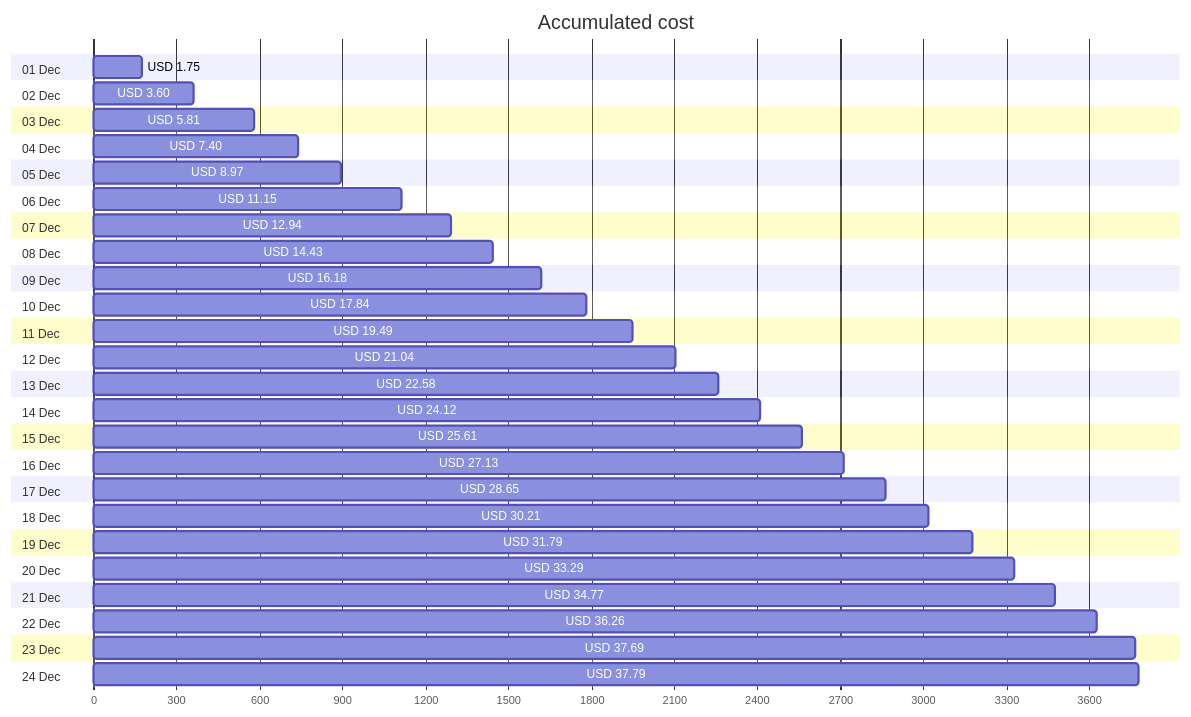
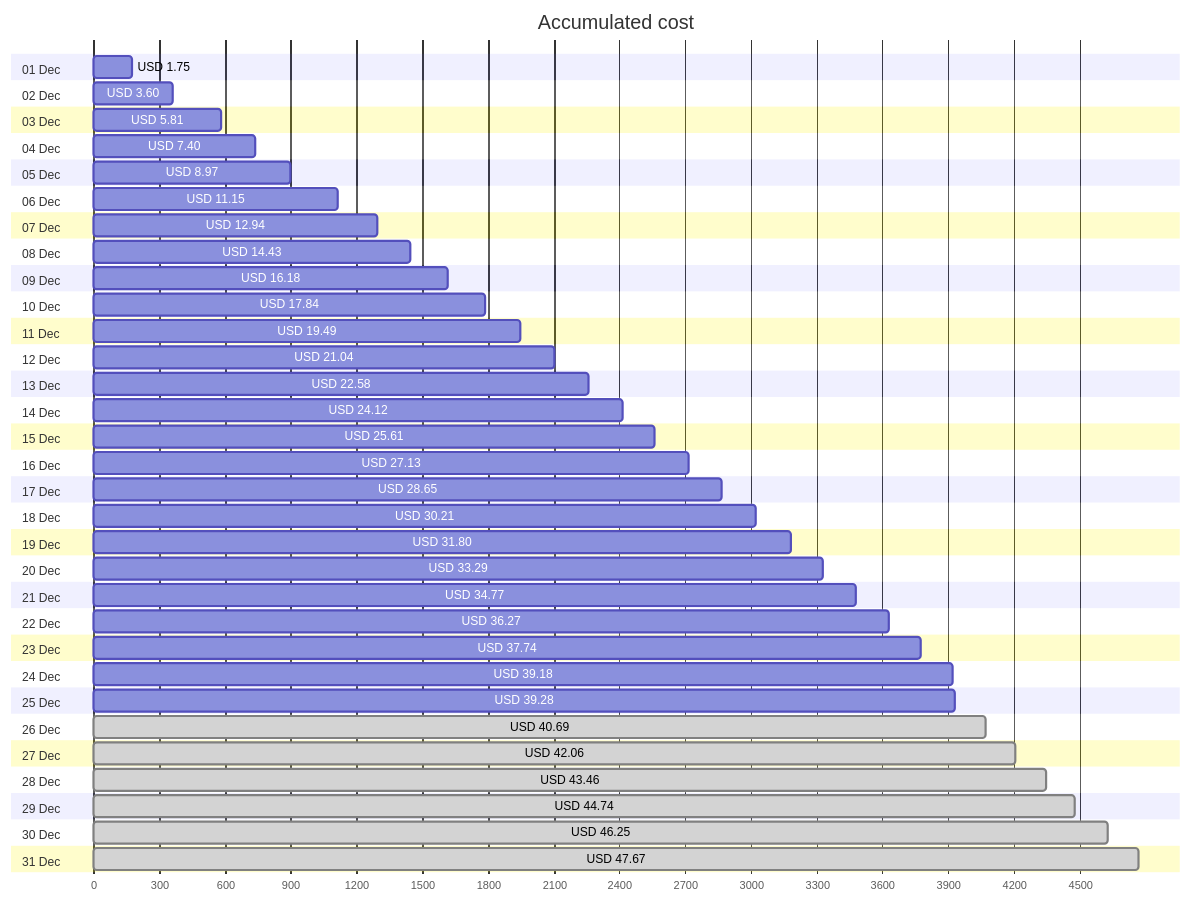
The first of 4 diagrams in cost-reports/personal-network/README.md (jpfulton/azure-personal-reports), drawn with Mermaid before and after one commit. The commit also changed other lines of this file and 8 other files, not shown here.

````diff
--- a/cost-reports/personal-network/README.md
+++ b/cost-reports/personal-network/README.md
@@ -20,54 +20,68 @@
 ```mermaid
 gantt
    title Accumulated cost
    dateFormat  X
    axisFormat %s
    section 01 Dec
    USD 1.75 :0, 175
    section 02 Dec
    USD 3.60 :0, 360
    section 03 Dec
    USD 5.81 :0, 581
    section 04 Dec
    USD 7.40 :0, 740
    section 05 Dec
    USD 8.97 :0, 897
    section 06 Dec
    USD 11.15 :0, 1115
    section 07 Dec
    USD 12.94 :0, 1294
    section 08 Dec
    USD 14.43 :0, 1443
    section 09 Dec
    USD 16.18 :0, 1618
    section 10 Dec
    USD 17.84 :0, 1784
    section 11 Dec
    USD 19.49 :0, 1949
    section 12 Dec
    USD 21.04 :0, 2104
    section 13 Dec
    USD 22.58 :0, 2258
    section 14 Dec
    USD 24.12 :0, 2412
    section 15 Dec
    USD 25.61 :0, 2561
    section 16 Dec
    USD 27.13 :0, 2713
    section 17 Dec
    USD 28.65 :0, 2865
    section 18 Dec
    USD 30.21 :0, 3021
    section 19 Dec
-   USD 31.79 :0, 3179
+   USD 31.80 :0, 3180
    section 20 Dec
    USD 33.29 :0, 3329
    section 21 Dec
    USD 34.77 :0, 3477
    section 22 Dec
-   USD 36.26 :0, 3626
+   USD 36.27 :0, 3627
    section 23 Dec
-   USD 37.69 :0, 3769
+   USD 37.74 :0, 3774
    section 24 Dec
-   USD 37.79 :0, 3779
+   USD 39.18 :0, 3918
+   section 25 Dec
+   USD 39.28 :0, 3928
+   section 26 Dec
+   USD 40.69 : done, 0, 4069
+   section 27 Dec
+   USD 42.06 : done, 0, 4206
+   section 28 Dec
+   USD 43.46 : done, 0, 4346
+   section 29 Dec
+   USD 44.74 : done, 0, 4474
+   section 30 Dec
+   USD 46.25 : done, 0, 4625
+   section 31 Dec
+   USD 47.67 : done, 0, 4767
 ```
````
